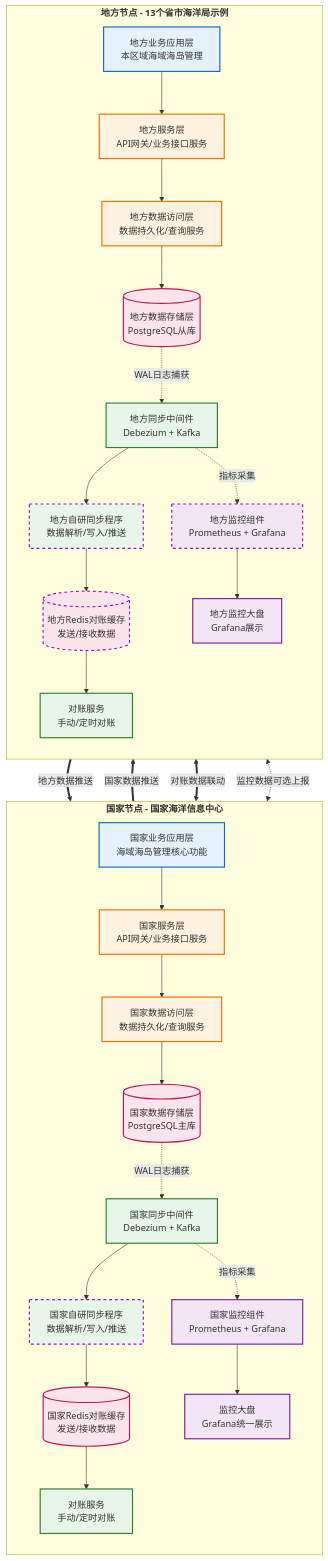
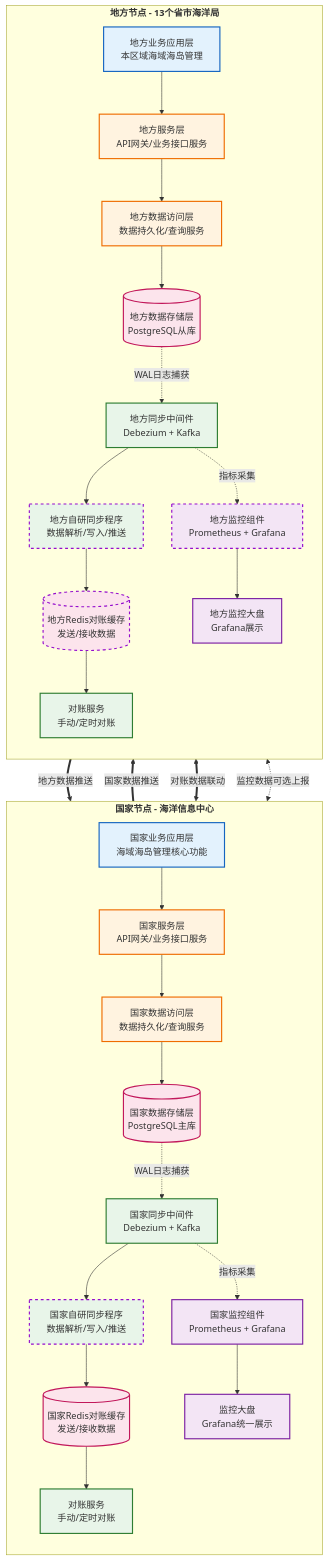
Before and after one commit to MyJohn2/iodraw-files: the diagram in all/未命名-1.md, drawn with Mermaid.

Commit message:
2026-03-03 18:49:41 update

````diff
--- a/all/未命名-1.md
+++ b/all/未命名-1.md
@@ -1,71 +1,71 @@
 ```mermaid
 flowchart TD
     %% 定义样式
     classDef app fill:#e3f2fd,stroke:#1565c0,stroke-width:2px;
     classDef service fill:#fff3e0,stroke:#ef6c00,stroke-width:2px;
     classDef data fill:#fce4ec,stroke:#c2185b,stroke-width:2px;
     classDef sync fill:#e8f5e9,stroke:#2e7d32,stroke-width:2px;
     classDef monitor fill:#f3e5f5,stroke:#7b1fa2,stroke-width:2px;
     classDef linkLine stroke:#950DCD,stroke-width:2px,stroke-dasharray: 5 5;
 
     %% 国家节点 - 修复了标题括号问题
-    subgraph NationNode [<B>国家节点 - 国家海洋信息中心]
+    subgraph NationNode [<B>国家节点 - 海洋信息中心]
         direction TB
         A1[国家业务应用层<br/>海域海岛管理核心功能]:::app
         B1[国家服务层<br/>API网关/业务接口服务]:::service
         C1[国家数据访问层<br/>数据持久化/查询服务]:::service
         D1[(国家数据存储层<br/>PostgreSQL主库)]:::data
         E1[国家同步中间件<br/>Debezium + Kafka]:::sync
         F1[国家自研同步程序<br/>数据解析/写入/推送]:::sync
         G1[(国家Redis对账缓存<br/>发送/接收数据)]:::data
         H1[国家监控组件<br/>Prometheus + Grafana]:::monitor
         I1[对账服务<br/>手动/定时对账]:::sync
         J1[监控大盘<br/>Grafana统一展示]:::monitor
 
         A1 --> B1
         B1 --> C1
         C1 --> D1
         D1 -.->|WAL日志捕获 | E1
         E1 --> F1
         F1 --> G1
         E1 -.->|指标采集 | H1
         G1 --> I1
         H1 --> J1
     end
     
     %% 地方节点 - 修复了标题括号问题
-    subgraph LocalNode [<B>地方节点 - 13个省市海洋局示例]
+    subgraph LocalNode [<B>地方节点 - 13个省市海洋局]
         direction TB
         A2[地方业务应用层<br/>本区域海域海岛管理]:::app
         B2[地方服务层<br/>API网关/业务接口服务]:::service
         C2[地方数据访问层<br/>数据持久化/查询服务]:::service
         D2[(地方数据存储层<br/>PostgreSQL从库)]:::data
         E2[地方同步中间件<br/>Debezium + Kafka]:::sync
         F2[地方自研同步程序<br/>数据解析/写入/推送]:::sync
         G2[(地方Redis对账缓存<br/>发送/接收数据)]:::data
         H2[地方监控组件<br/>Prometheus + Grafana]:::monitor
         I2[对账服务<br/>手动/定时对账]:::sync
         J2[地方监控大盘<br/>Grafana展示]:::monitor
 
         A2 --> B2
         B2 --> C2
         C2 --> D2
         D2 -.->|WAL日志捕获 | E2
         E2 --> F2
         F2 --> G2
         E2 -.->|指标采集 | H2
         G2 --> I2
         H2 --> J2
     end
     
     %% 跨节点交互
     E2 ==>|地方数据推送 | F1:::linkLine
     E1 ==>|国家数据推送 | F2:::linkLine
     G1 <==>|对账数据联动 | G2:::linkLine
     H1 <-.->|监控数据可选上报 | H2:::linkLine
     
 
 
 
 
 ```
````
